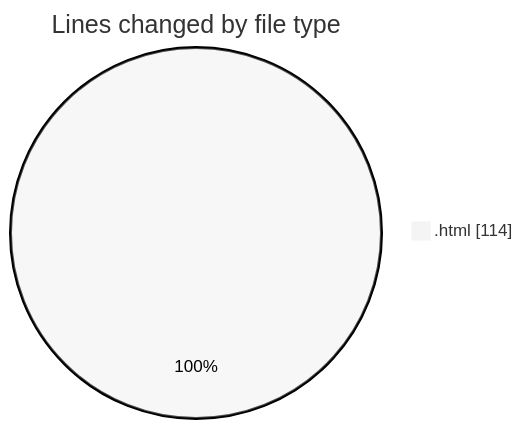
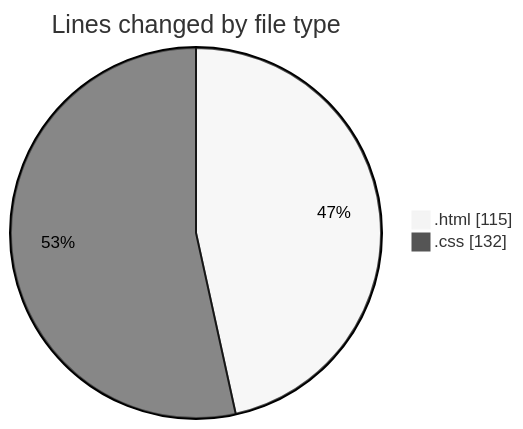
Before and after one commit to NitaiMahat/code-tracking: the first of 2 diagrams in 2025-02-10/recipe-page-main/README.md, drawn with Mermaid (neutral theme). The commit also changed other lines of this file and 1 other file, not shown here.

````diff
--- a/2025-02-10/recipe-page-main/README.md
+++ b/2025-02-10/recipe-page-main/README.md
@@ -20,5 +21,6 @@
 ```mermaid
 pie showData
 title Lines changed by file type
-".html" : 114
+".html" : 115
+".css" : 132
 ```
````
